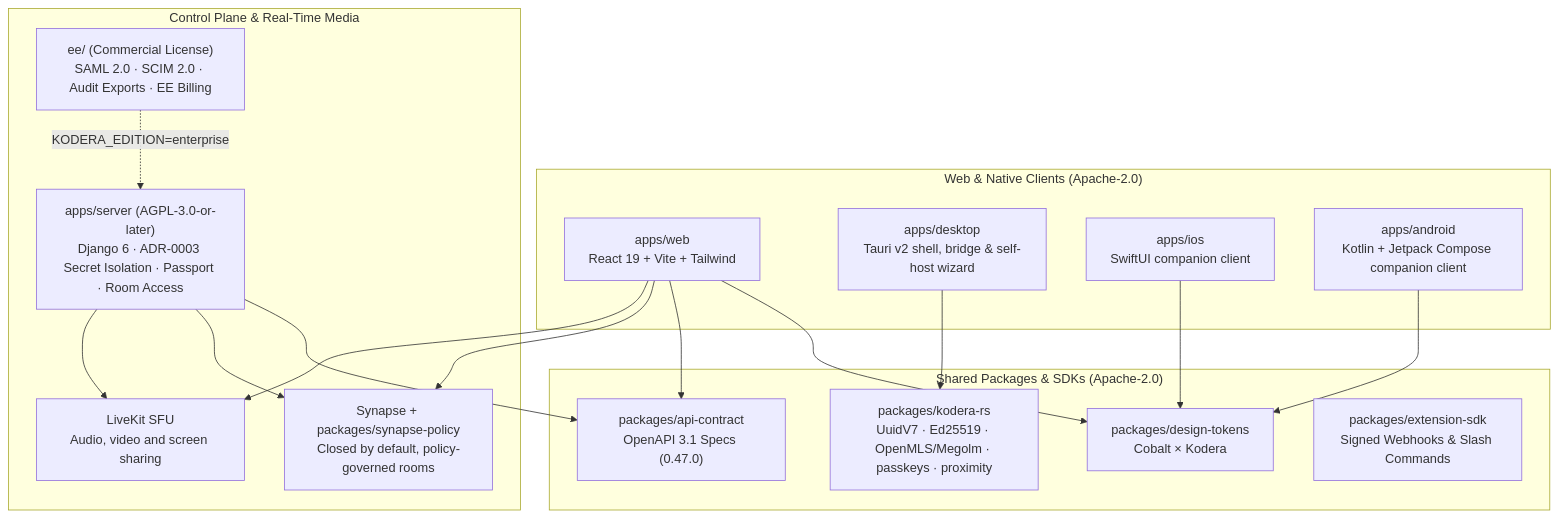
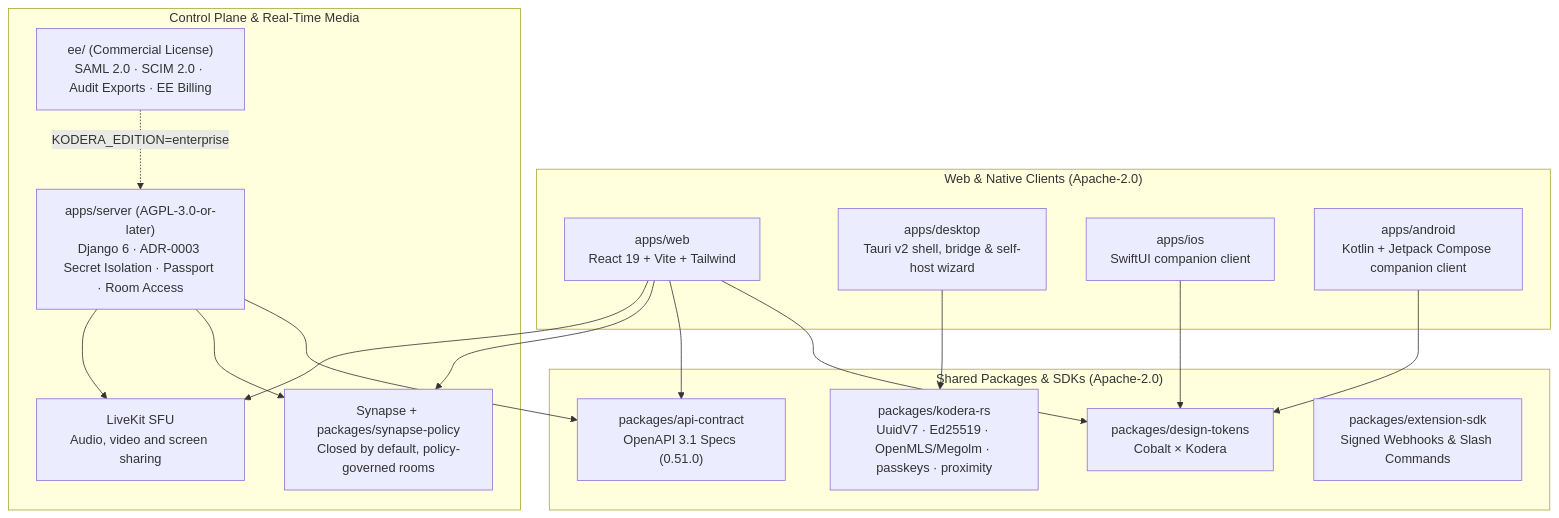
Before and after one commit to kodera-hq/kodera: the diagram in README.md, drawn with Mermaid. The commit also changed other lines of this file and 23 other files, not shown here.

````diff
--- a/README.md
+++ b/README.md
@@ -87,42 +87,42 @@
 ```mermaid
 flowchart TB
   subgraph Clients["Web & Native Clients (Apache-2.0)"]
     WEB["`apps/web
 React 19 + Vite + Tailwind`"]
     DESK["`apps/desktop
 Tauri v2 shell, bridge & self-host wizard`"]
     IOS["`apps/ios
 SwiftUI companion client`"]
     AND["`apps/android
 Kotlin + Jetpack Compose companion client`"]
   end
 
   subgraph Shared["Shared Packages & SDKs (Apache-2.0)"]
     RS["`packages/kodera-rs
 UuidV7 · Ed25519 · OpenMLS/Megolm · passkeys · proximity`"]
     TOK["`packages/design-tokens
 Cobalt × Kodera`"]
     API["`packages/api-contract
-OpenAPI 3.1 Specs (0.47.0)`"]
+OpenAPI 3.1 Specs (0.51.0)`"]
     SDK["`packages/extension-sdk
 Signed Webhooks & Slash Commands`"]
   end
 
   subgraph Backend["Control Plane & Real-Time Media"]
     SRV["`apps/server (AGPL-3.0-or-later)
 Django 6 · ADR-0003 Secret Isolation · Passport · Room Access`"]
     SYN["`Synapse + packages/synapse-policy
 Closed by default, policy-governed rooms`"]
     LK["`LiveKit SFU
 Audio, video and screen sharing`"]
     EE["`ee/ (Commercial License)
 SAML 2.0 · SCIM 2.0 · Audit Exports · EE Billing`"]
   end
 
   WEB --> TOK & API
   WEB --> SYN & LK
   DESK --> RS
   IOS & AND --> TOK
   SRV --> API & SYN & LK
   EE -. "KODERA_EDITION=enterprise" .-> SRV
 ```
````
